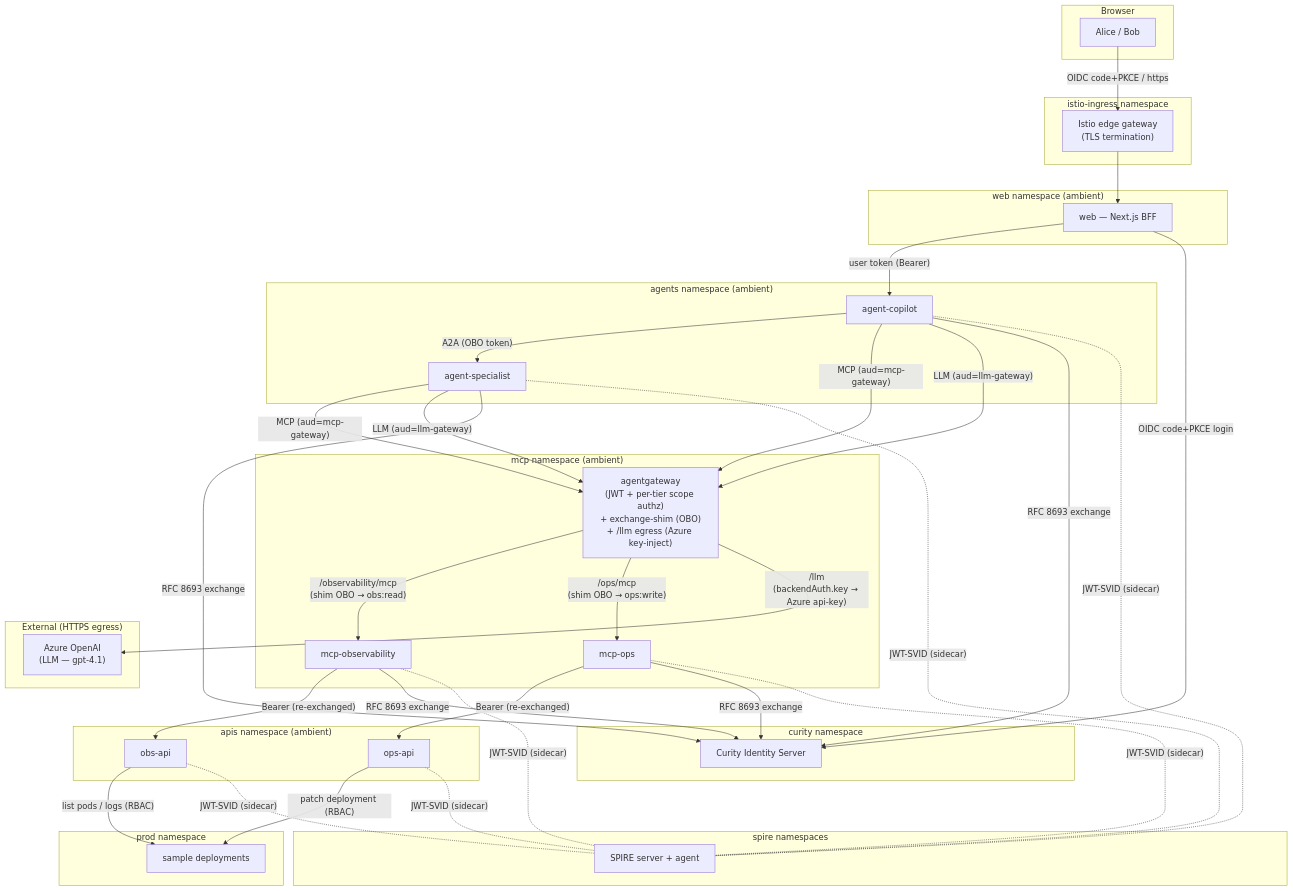
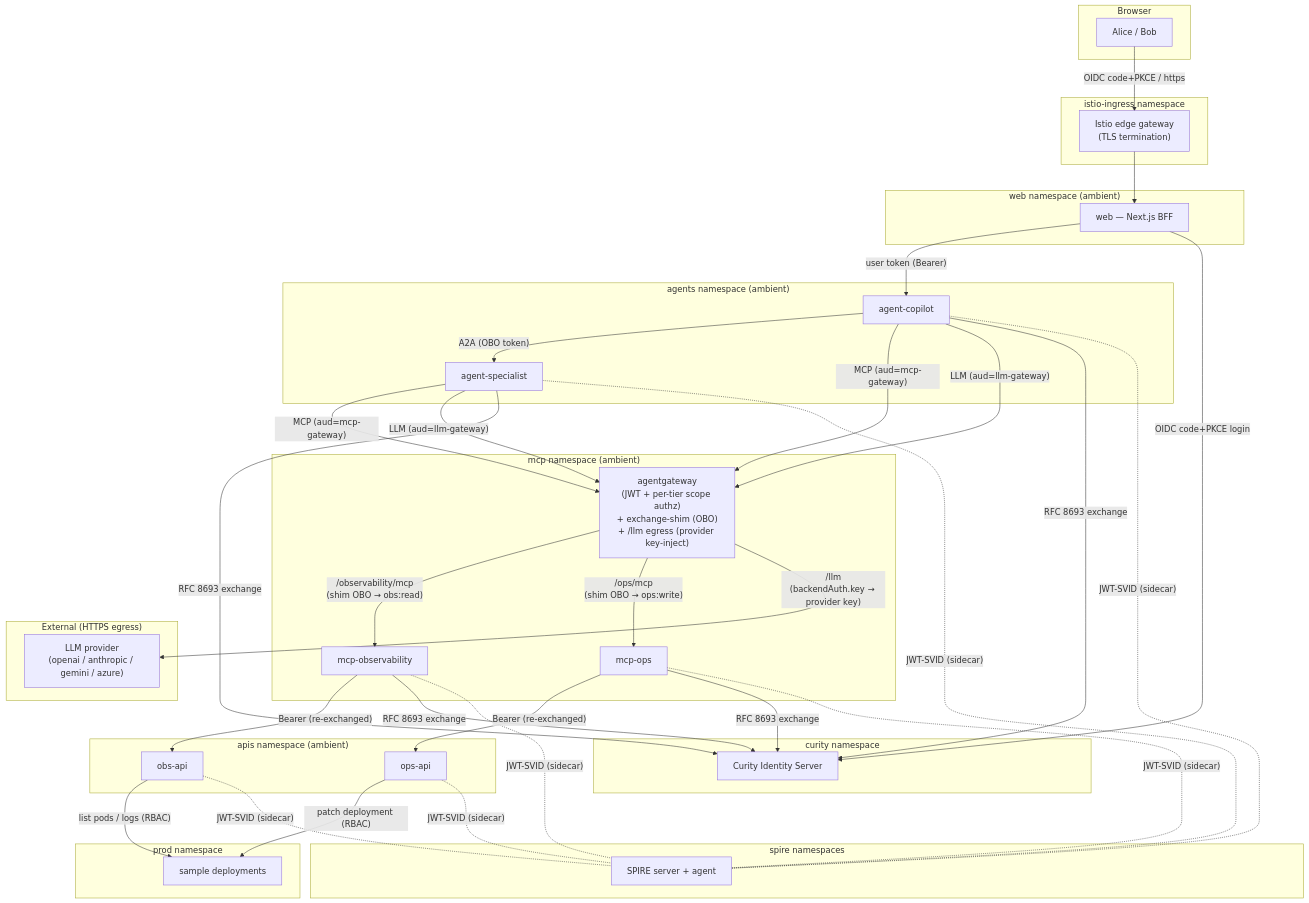
The first of 4 diagrams in docs/architecture.md (curityio/ai-agents-auth-demo), drawn with Mermaid before and after one commit. The commit also changed other lines of this file and 34 other files, not shown here.

First line of the commit message:
feat(llm): route all agent LLM calls through agentgateway and make the provider pluggable

````diff
--- a/docs/architecture.md
+++ b/docs/architecture.md
@@ -81,65 +81,65 @@
 ```mermaid
 flowchart TB
   subgraph browser["Browser"]
     U["Alice / Bob"]
   end
 
   subgraph ingress_ns["istio-ingress namespace"]
     GW["Istio edge gateway<br/>(TLS termination)"]
   end
 
   subgraph web_ns["web namespace (ambient)"]
     W["web — Next.js BFF"]
   end
 
   subgraph agents_ns["agents namespace (ambient)"]
     A1["agent-copilot"]
     A2["agent-specialist"]
   end
 
   subgraph mcp_ns["mcp namespace (ambient)"]
-    GWY["agentgateway<br/>(JWT + per-tier scope authz)<br/>+ exchange-shim (OBO)<br/>+ /llm egress (Azure key-inject)"]
+    GWY["agentgateway<br/>(JWT + per-tier scope authz)<br/>+ exchange-shim (OBO)<br/>+ /llm egress (provider key-inject)"]
     M1["mcp-observability"]
     M2["mcp-ops"]
   end
 
   subgraph apis_ns["apis namespace (ambient)"]
     B1["obs-api"]
     B2["ops-api"]
   end
 
   subgraph prod_ns["prod namespace"]
     V["sample deployments"]
   end
 
   subgraph curity_ns["curity namespace"]
     C["Curity Identity Server"]
   end
 
   subgraph spire_ns["spire namespaces"]
     S["SPIRE server + agent"]
   end
 
   subgraph external["External (HTTPS egress)"]
-    LLM["Azure OpenAI<br/>(LLM — gpt-4.1)"]
+    LLM["LLM provider<br/>(openai / anthropic / gemini / azure)"]
   end
 
   U -- "OIDC code+PKCE / https" --> GW
   GW --> W
   W -- "user token (Bearer)" --> A1
   A1 -- "A2A (OBO token)" --> A2
   A1 -- "MCP (aud=mcp-gateway)" --> GWY
   A2 -- "MCP (aud=mcp-gateway)" --> GWY
   A1 -- "LLM (aud=llm-gateway)" --> GWY
   A2 -- "LLM (aud=llm-gateway)" --> GWY
   GWY -- "/observability/mcp<br/>(shim OBO → obs:read)" --> M1
   GWY -- "/ops/mcp<br/>(shim OBO → ops:write)" --> M2
-  GWY -- "/llm<br/>(backendAuth.key → Azure api-key)" --> LLM
+  GWY -- "/llm<br/>(backendAuth.key → provider key)" --> LLM
   M1 -- "Bearer (re-exchanged)" --> B1
   M2 -- "Bearer (re-exchanged)" --> B2
   B1 -- "list pods / logs (RBAC)" --> V
   B2 -- "patch deployment (RBAC)" --> V
   W -- "OIDC code+PKCE login" --> C
   A1 & A2 & M1 & M2 -- "RFC 8693 exchange" --> C
   B1 & B2 & A1 & A2 & M1 & M2 -. "JWT-SVID (sidecar)" .- S
 ```
````
